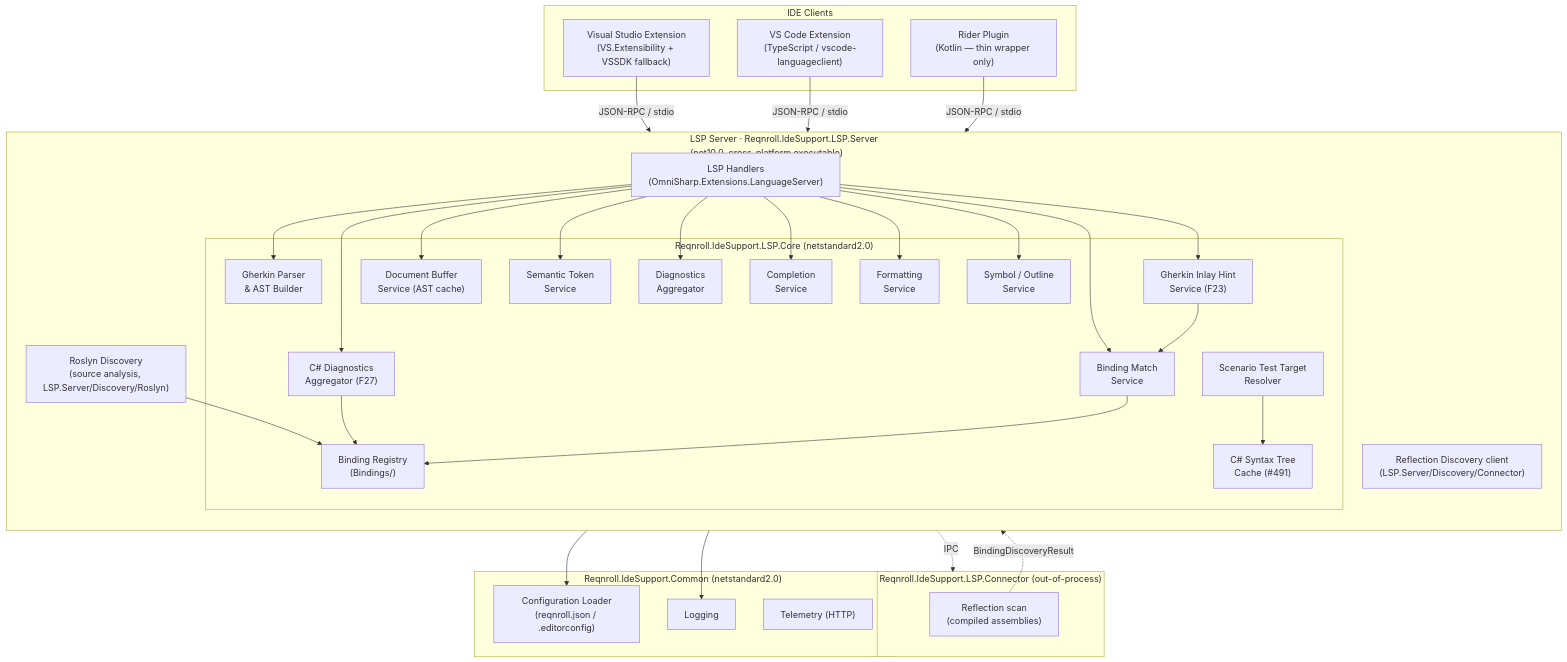
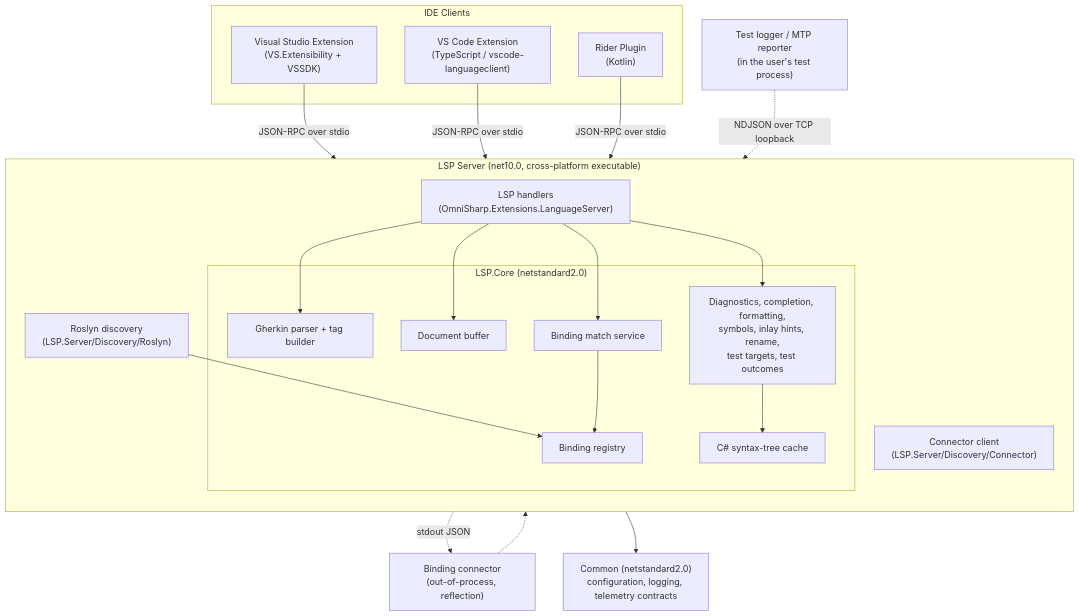
The diagram in docs/LSP-IDE-Support-Architecture.md (reqnroll/Reqnroll.IdeSupport), drawn with Mermaid before and after one commit. The commit also changed other lines of this file and 1 other file, not shown here.

First line of the commit message:
docs: replace Architecture reference with a hub; add architecture/design-decisions

````diff
--- a/docs/LSP-IDE-Support-Architecture.md
+++ b/docs/LSP-IDE-Support-Architecture.md
@@ -140,67 +15,38 @@
 ```mermaid
 graph TB
     subgraph Editors["IDE Clients"]
-        VSCode["VS Code Extension\n(TypeScript / vscode-languageclient)"]
-        VS["Visual Studio Extension\n(VS.Extensibility + VSSDK fallback)"]
-        Rider["Rider Plugin\n(Kotlin — thin wrapper only)"]
+        VSCode["VS Code Extension<br/>(TypeScript / vscode-languageclient)"]
+        VS["Visual Studio Extension<br/>(VS.Extensibility + VSSDK)"]
+        Rider["Rider Plugin<br/>(Kotlin)"]
     end
 
-    subgraph Server["LSP Server  ·  Reqnroll.IdeSupport.LSP.Server\n(net10.0, cross-platform executable)"]
+    subgraph Server["LSP Server (net10.0, cross-platform executable)"]
         direction TB
-        Handlers["LSP Handlers\n(OmniSharp.Extensions.LanguageServer)"]
-        RoslynDiscovery["Roslyn Discovery\n(source analysis, LSP.Server/Discovery/Roslyn)"]
-        ReflectionDiscovery["Reflection Discovery client\n(LSP.Server/Discovery/Connector)"]
+        Handlers["LSP handlers<br/>(OmniSharp.Extensions.LanguageServer)"]
+        RoslynDiscovery["Roslyn discovery<br/>(LSP.Server/Discovery/Roslyn)"]
+        ReflectionClient["Connector client<br/>(LSP.Server/Discovery/Connector)"]
 
-        subgraph Core["Reqnroll.IdeSupport.LSP.Core  (netstandard2.0)"]
-            GherkinParser["Gherkin Parser\n& AST Builder"]
-            DocBuffer["Document Buffer\nService (AST cache)"]
-            BindingRegistry["Binding Registry\n(Bindings/)"]
-            SemTokenSvc["Semantic Token\nService"]
-            DiagSvc["Diagnostics\nAggregator"]
-            CSharpDiagSvc["C# Diagnostics\nAggregator (F27)"]
-            CompletionSvc["Completion\nService"]
-            FmtSvc["Formatting\nService"]
-            BindingMatch["Binding Match\nService"]
-            SymbolSvc["Symbol / Outline\nService"]
-            InlayHintSvc["Gherkin Inlay Hint\nService (F23)"]
-            CSharpTreeCache["C# Syntax Tree\nCache (#491)"]
-            TestTargetResolver["Scenario Test Target\nResolver"]
-
-            BindingMatch --> BindingRegistry
-            InlayHintSvc --> BindingMatch
-            TestTargetResolver --> CSharpTreeCache
-            CSharpDiagSvc --> BindingRegistry
+        subgraph Core["LSP.Core (netstandard2.0)"]
+            Parser["Gherkin parser + tag builder"]
+            Buffer["Document buffer"]
+            Registry["Binding registry"]
+            Match["Binding match service"]
+            Services["Diagnostics, completion, formatting,<br/>symbols, inlay hints, rename,<br/>test targets, test outcomes"]
+            Cache["C# syntax-tree cache"]
         end
-
-        RoslynDiscovery --> BindingRegistry
-        Handlers --> GherkinParser
-        Handlers --> DocBuffer
-        Handlers --> SemTokenSvc
-        Handlers --> DiagSvc
-        Handlers --> CSharpDiagSvc
-        Handlers --> CompletionSvc
-        Handlers --> FmtSvc
-        Handlers --> BindingMatch
-        Handlers --> SymbolSvc
-        Handlers --> InlayHintSvc
+        Handlers --> Parser & Buffer & Match & Services
+        Match --> Registry
+        RoslynDiscovery --> Registry
+        Services --> Cache
     end
 
-    subgraph Connector["Reqnroll.IdeSupport.LSP.Connector  (out-of-process)"]
-        ReflectionScan["Reflection scan\n(compiled assemblies)"]
-    end
+    Connector["Binding connector<br/>(out-of-process, reflection)"]
+    Common["Common (netstandard2.0)<br/>configuration, logging, telemetry contracts"]
+    Runners["Test logger / MTP reporter<br/>(in the user's test process)"]
 
-    subgraph Common["Reqnroll.IdeSupport.Common  (netstandard2.0)"]
-        ConfigLoader["Configuration Loader\n(reqnroll.json / .editorconfig)"]
-        Logging["Logging"]
-        Telemetry["Telemetry (HTTP)"]
-    end
-
-    VS     -->|"JSON-RPC / stdio"| Handlers
-    VSCode -->|"JSON-RPC / stdio"| Handlers
-    Rider  -->|"JSON-RPC / stdio"| Handlers
-
-    Core   --> ConfigLoader
-    Core   --> Logging
-    ReflectionDiscovery -.->|"IPC"| Connector
-    ReflectionScan -.->|"BindingDiscoveryResult"| BindingRegistry
+    VS & VSCode & Rider -->|"JSON-RPC over stdio"| Handlers
+    ReflectionClient -.->|"stdout JSON"| Connector
+    Connector -.-> Registry
+    Core --> Common
+    Runners -.->|"NDJSON over TCP loopback"| Services
 ```
````
